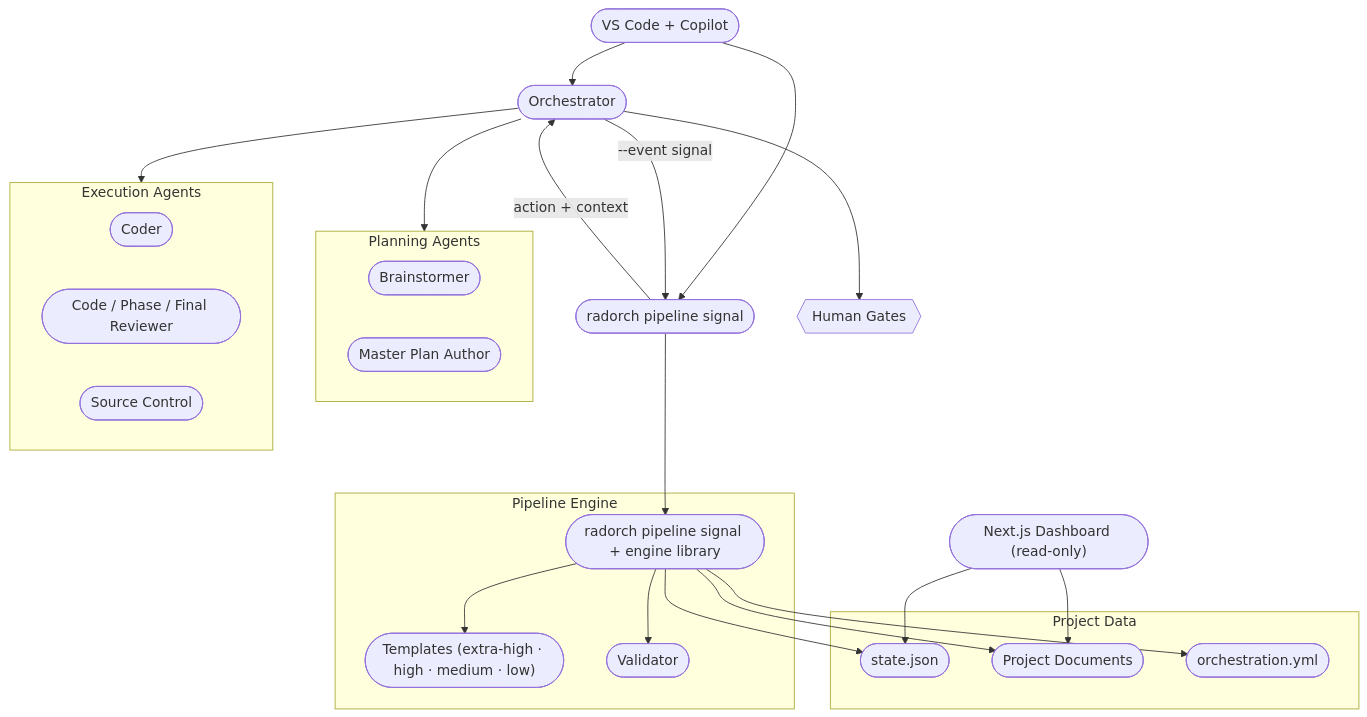
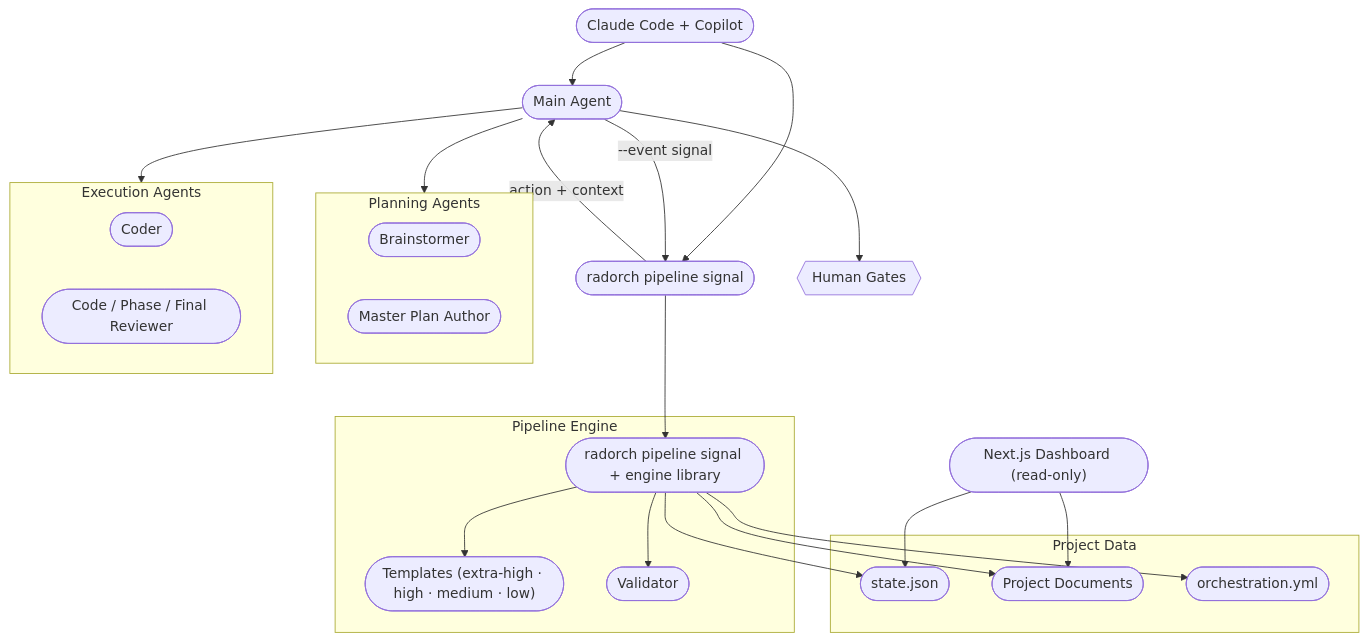
Before and after one commit to MetalHexx/Rad-Agent-Orchestrator: the diagram in docs/internals/system-architecture.md, drawn with Mermaid. The commit also changed other lines of this file and 47 other files, not shown here.

````diff
--- a/docs/internals/system-architecture.md
+++ b/docs/internals/system-architecture.md
@@ -9,49 +9,48 @@
 ```mermaid
 flowchart TD
-    DEV(["VS Code + Copilot"]) --> ORCH(["Orchestrator"])
+    DEV(["Claude Code + Copilot"]) --> MAIN(["Main Agent"])
     DEV --> CLI(["radorch pipeline signal"])
 
-    ORCH -->|"--event signal"| CLI
-    CLI -->|"action + context"| ORCH
+    MAIN -->|"--event signal"| CLI
+    CLI -->|"action + context"| MAIN
 
     subgraph PLAN ["Planning Agents"]
         BRAIN(["Brainstormer"])
         MP(["Master Plan Author"])
     end
 
     subgraph EXEC ["Execution Agents"]
         CODER(["Coder"])
         REVIEWER(["Code / Phase / Final Reviewer"])
-        SC(["Source Control"])
     end
 
     GATE{{"Human Gates"}}
 
-    ORCH --> PLAN
-    ORCH --> EXEC
-    ORCH --> GATE
+    MAIN --> PLAN
+    MAIN --> EXEC
+    MAIN --> GATE
 
     subgraph ENGINE ["Pipeline Engine"]
         ENG(["radorch pipeline signal + engine library"])
         TPL(["Templates (extra-high · high · medium · low)"])
         VAL(["Validator"])
     end
 
     CLI --> ENG
     ENG --> TPL
     ENG --> VAL
 
     subgraph DATA ["Project Data"]
         STATE(["state.json"])
         DOCS(["Project Documents"])
         CFG(["orchestration.yml"])
     end
 
     ENG --> STATE
     ENG --> DOCS
     ENG --> CFG
 
     UI(["Next.js Dashboard (read-only)"])
     UI --> STATE
     UI --> DOCS
 ```
````
